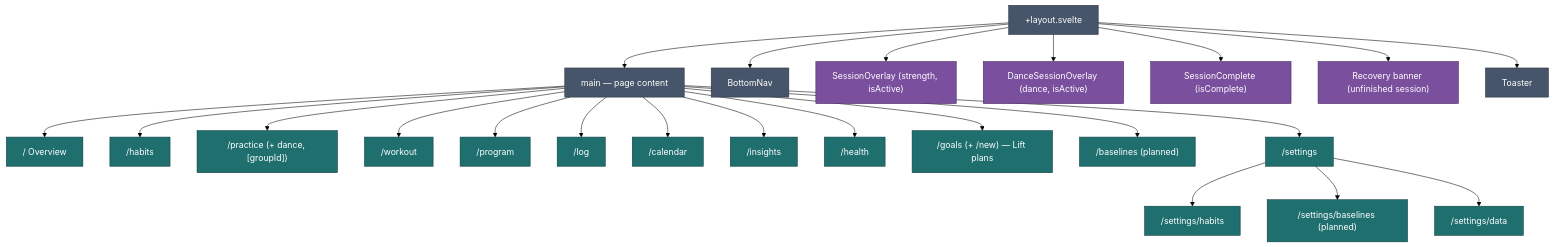
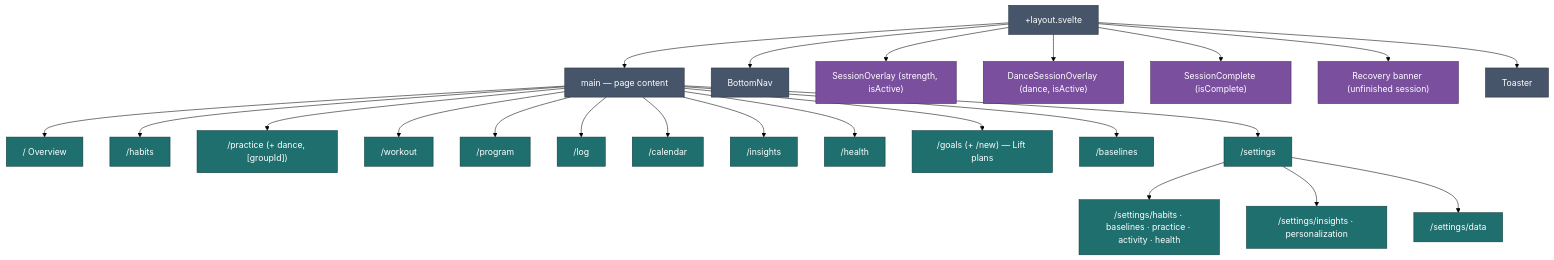
The first of 2 diagrams in docs/implementation/app-structure.md (jermbo/CosmicWorkOut), drawn with Mermaid (forest theme) before and after one commit. The commit also changed other lines of this file and 89 other files, not shown here.

````diff
--- a/docs/implementation/app-structure.md
+++ b/docs/implementation/app-structure.md
@@ -43,34 +48,34 @@
 ```mermaid
 flowchart TB
     Layout["+layout.svelte"]
     Layout --> Main["main — page content"]
     Layout --> Nav[BottomNav]
     Layout --> Overlay["SessionOverlay (strength, isActive)"]
     Layout --> Dance["DanceSessionOverlay (dance, isActive)"]
     Layout --> Complete["SessionComplete (isComplete)"]
     Layout --> Recovery["Recovery banner (unfinished session)"]
     Layout --> Toast["Toaster"]
 
     Main --> Today["/ Overview"]
     Main --> Habits["/habits"]
     Main --> Practice["/practice (+ dance, [groupId])"]
     Main --> Workout["/workout"]
     Main --> Program["/program"]
     Main --> Log["/log"]
     Main --> Calendar["/calendar"]
     Main --> Insights["/insights"]
     Main --> Health["/health"]
     Main --> Goals["/goals (+ /new) — Lift plans"]
-    Main --> Baselines["/baselines (planned)"]
+    Main --> Baselines["/baselines"]
     Main --> Settings["/settings"]
-    Settings --> SettingsHab["/settings/habits"]
-    Settings --> SettingsBaselines["/settings/baselines (planned)"]
+    Settings --> SettingsHab["/settings/habits · baselines · practice · activity · health"]
+    Settings --> SettingsBaselines["/settings/insights · personalization"]
     Settings --> SettingsData["/settings/data"]
 
     classDef shell fill:#465569,stroke:#28313e,color:#ffffff;
     classDef overlay fill:#7a4f9e,stroke:#46295c,color:#ffffff;
     classDef route fill:#1f6f6f,stroke:#0f3a3a,color:#ffffff;
     class Layout,Main,Nav,Toast shell;
     class Overlay,Dance,Complete,Recovery overlay;
     class Today,Habits,Practice,Workout,Program,Log,Calendar,Insights,Health,Goals,Baselines,Settings,SettingsHab,SettingsBaselines,SettingsData route;
 ```
````
